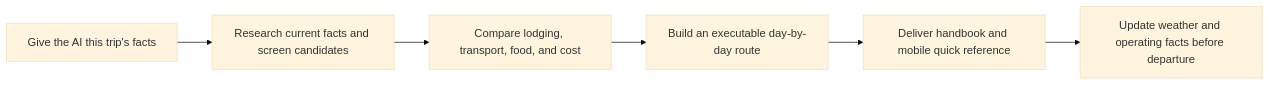
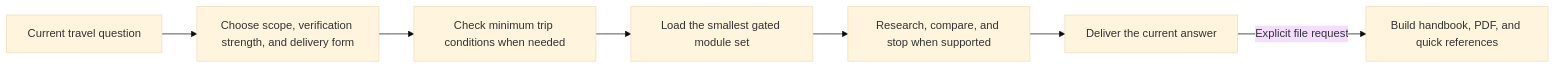
One commit to Lukala23/ai-travel-planning-kit changed the diagram in README.en.md. Above: the diagram before and after it, drawn with Mermaid (base theme). The commit also changed other lines of this file and 65 other files, not shown here.

````diff
--- a/README.en.md
+++ b/README.en.md
@@ -38,8 +34,9 @@
 ```mermaid
 flowchart LR
-    A["Give the AI this trip's facts"] --> B["Research current facts and screen candidates"]
-    B --> C["Compare lodging, transport, food, and cost"]
-    C --> D["Build an executable day-by-day route"]
-    D --> E["Deliver handbook and mobile quick reference"]
-    E --> F["Update weather and operating facts before departure"]
+    A["Current travel question"] --> B["Choose scope, verification strength, and delivery form"]
+    B --> C["Check minimum trip conditions when needed"]
+    C --> D["Load the smallest gated module set"]
+    D --> E["Research, compare, and stop when supported"]
+    E --> F["Deliver the current answer"]
+    F -->|"Explicit file request"| G["Build handbook, PDF, and quick references"]
 ```
````
